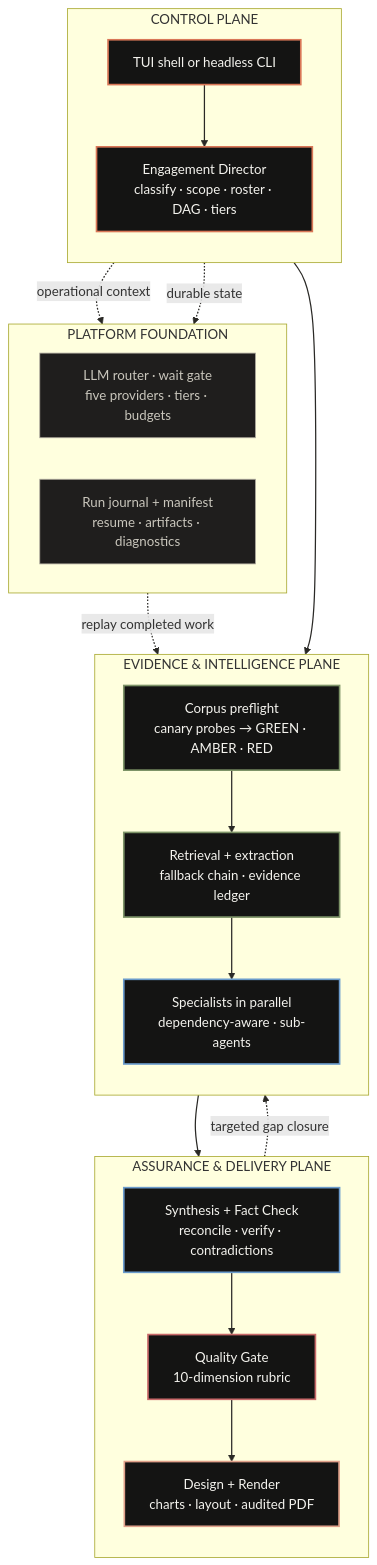
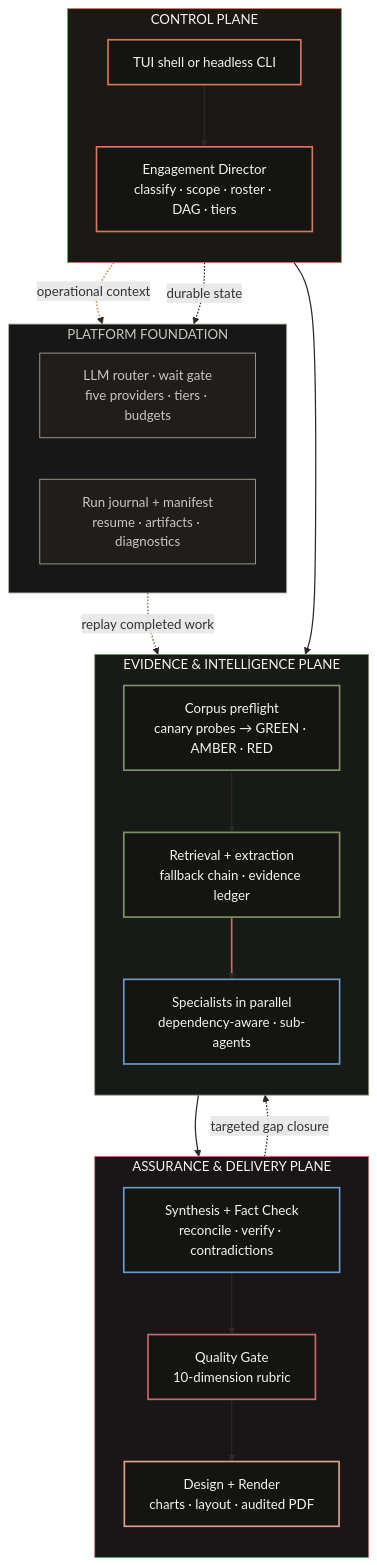
One commit to hereugo-ak/Hyperion changed the first of 2 diagrams in README.md. Above: the diagram before and after it, drawn with Mermaid. The commit also changed other lines of this file, not shown here.

First line of the commit message:
docs: premium pass on diagrams and all sections below the operating model

````diff
--- a/README.md
+++ b/README.md
@@ -71,48 +71,56 @@
 ```mermaid
 flowchart TB
     classDef control fill:#141413,stroke:#d97757,color:#F4F3EE,stroke-width:2px
     classDef evidence fill:#141413,stroke:#7d9367,color:#F4F3EE,stroke-width:2px
     classDef analysis fill:#141413,stroke:#6a9bcc,color:#F4F3EE,stroke-width:2px
     classDef assurance fill:#141413,stroke:#c96a6a,color:#F4F3EE,stroke-width:2px
     classDef delivery fill:#141413,stroke:#e0a08a,color:#F4F3EE,stroke-width:2px
     classDef foundation fill:#1F1E1D,stroke:#B1ADA1,color:#C9C6BC,stroke-width:1px
 
     subgraph CP["CONTROL PLANE"]
         direction TB
         UI["TUI shell or headless CLI"]:::control
         DIR["Engagement Director<br/>classify · scope · roster · DAG · tiers"]:::control
         UI --> DIR
     end
 
     subgraph EP["EVIDENCE & INTELLIGENCE PLANE"]
         direction TB
         PRE["Corpus preflight<br/>canary probes → GREEN · AMBER · RED"]:::evidence
         RET["Retrieval + extraction<br/>fallback chain · evidence ledger"]:::evidence
         SPEC["Specialists in parallel<br/>dependency-aware · sub-agents"]:::analysis
         PRE --> RET --> SPEC
     end
 
     subgraph AP["ASSURANCE & DELIVERY PLANE"]
         direction TB
         SYN["Synthesis + Fact Check<br/>reconcile · verify · contradictions"]:::analysis
         QG["Quality Gate<br/>10-dimension rubric"]:::assurance
         DEL["Design + Render<br/>charts · layout · audited PDF"]:::delivery
         SYN --> QG --> DEL
     end
 
     DIR --> PRE
     SPEC --> SYN
     QG -. "targeted gap closure" .-> SPEC
 
     subgraph FP["PLATFORM FOUNDATION"]
         direction LR
         ROUTE["LLM router · wait gate<br/>five providers · tiers · budgets"]:::foundation
         JOURNAL["Run journal + manifest<br/>resume · artifacts · diagnostics"]:::foundation
     end
 
     DIR -. "operational context" .-> ROUTE
     DIR -. "durable state" .-> JOURNAL
     JOURNAL -. "replay completed work" .-> SPEC
 
+    style CP fill:#1B1816,stroke:#d97757,color:#F4F3EE
+    style EP fill:#171A17,stroke:#7d9367,color:#F4F3EE
+    style AP fill:#1A1617,stroke:#c96a6a,color:#F4F3EE
+    style FP fill:#171717,stroke:#B1ADA1,color:#C9C6BC
+
+    linkStyle 2 stroke:#c96a6a,stroke-width:2px
+    linkStyle 8 stroke:#ca9a5a,stroke-width:2px
+    linkStyle 10 stroke:#7d9367,stroke-width:2px
     linkStyle default stroke:#2A2926,stroke-width:1.5px
 ```
````
